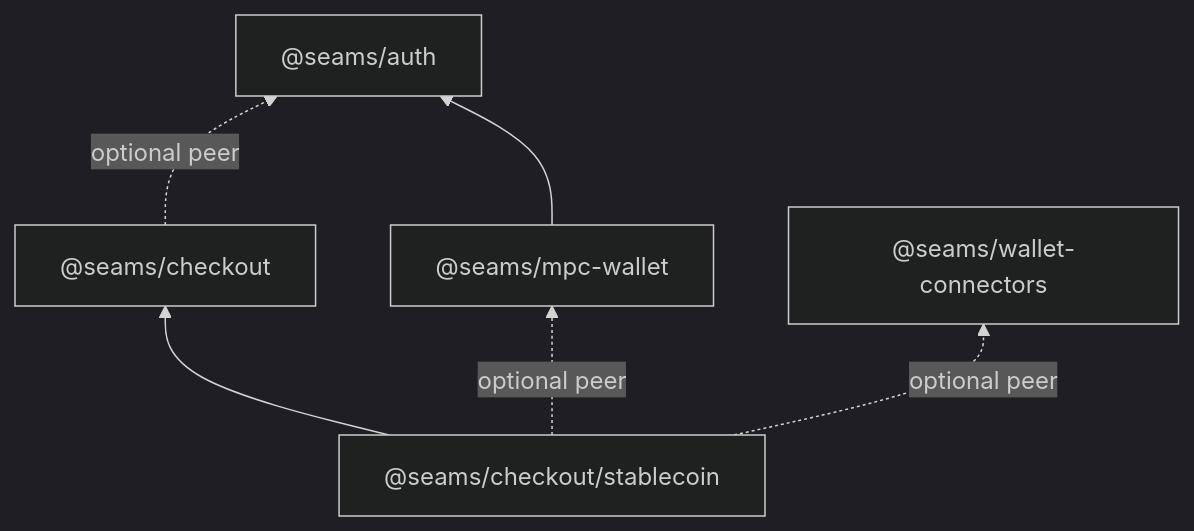
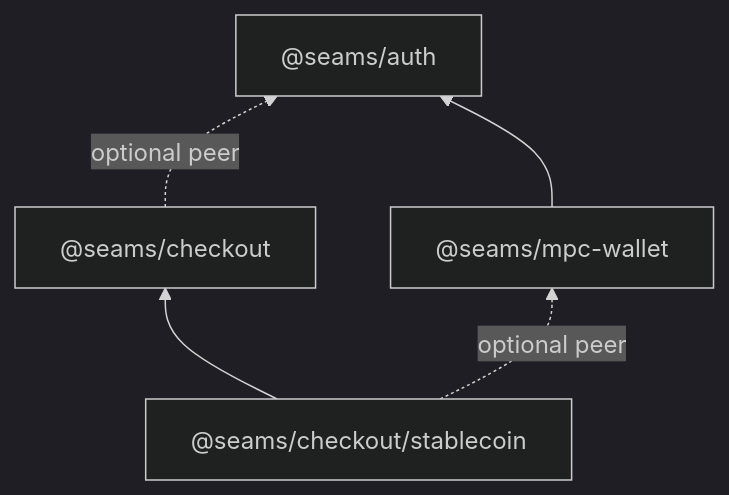
Before and after one commit to seams-tech/seams-wallet: the first of 4 diagrams in docs/refactor-250-seams-checkout.md, drawn with Mermaid (dark theme). The commit also changed other lines of this file and 1 other file, not shown here.

First line of the commit message:
Plan: stablecoins by QR code and address; defer the wallet connectors package

````diff
--- a/docs/refactor-250-seams-checkout.md
+++ b/docs/refactor-250-seams-checkout.md
@@ -254,9 +269,8 @@
 ```mermaid
 flowchart BT
     Auth["@seams/auth"]
     Checkout["@seams/checkout"] -. optional peer .-> Auth
     Rail["@seams/checkout/stablecoin"] --> Checkout
     Rail -. optional peer .-> Wallet["@seams/mpc-wallet"]
-    Rail -. optional peer .-> External["@seams/wallet-connectors"]
     Wallet --> Auth
 ```
````
